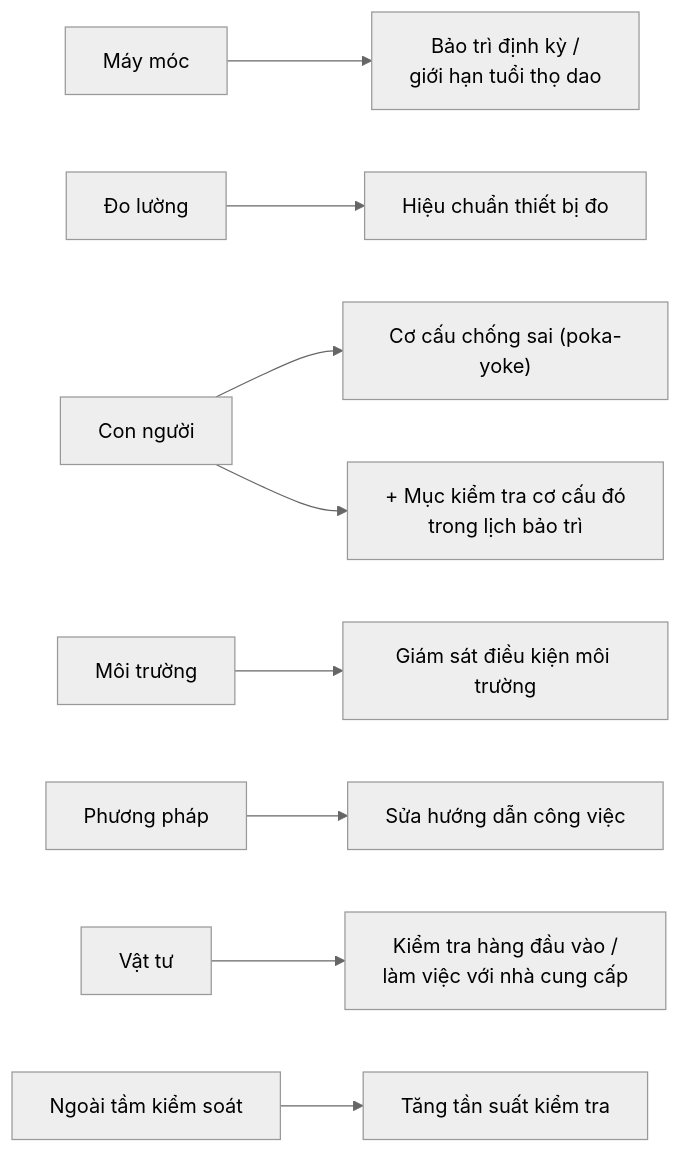
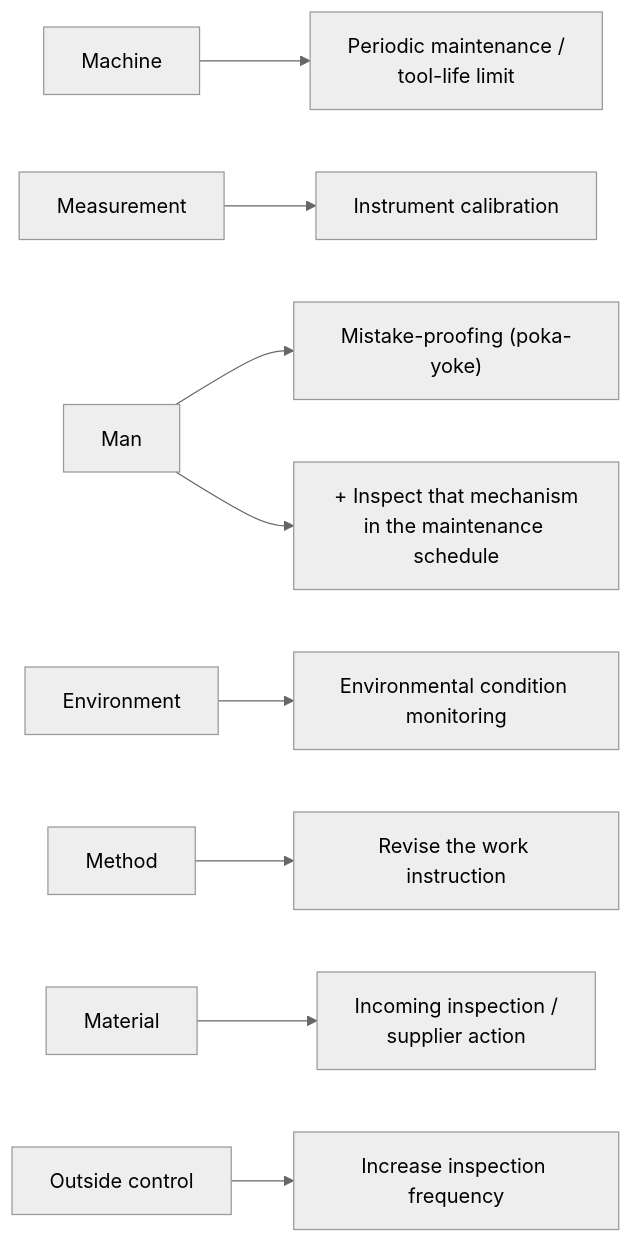
The fourth of 8 diagrams in presentation/maintenance-history-briefing.md (DungTruong1610/8D_problem_solving), drawn with Mermaid (neutral theme) before and after one commit. The commit also changed other lines of this file and 48 other files, not shown here.

````diff
--- a/presentation/maintenance-history-briefing.md
+++ b/presentation/maintenance-history-briefing.md
@@ -219,11 +218,11 @@
 ```mermaid
 flowchart LR
-    M[Máy móc] --> PM["Bảo trì định kỳ /<br/>giới hạn tuổi thọ dao"]
-    ME[Đo lường] --> CAL[Hiệu chuẩn thiết bị đo]
-    MAN[Con người] --> PY["Cơ cấu chống sai (poka-yoke)"]
-    MAN --> PYC["+ Mục kiểm tra cơ cấu đó<br/>trong lịch bảo trì"]
-    ENV[Môi trường] --> CM[Giám sát điều kiện môi trường]
-    MET[Phương pháp] --> WI[Sửa hướng dẫn công việc]
-    MAT[Vật tư] --> II["Kiểm tra hàng đầu vào /<br/>làm việc với nhà cung cấp"]
-    EXT[Ngoài tầm kiểm soát] --> IF[Tăng tần suất kiểm tra]
+    M[Machine] --> PM["Periodic maintenance /<br/>tool-life limit"]
+    ME[Measurement] --> CAL[Instrument calibration]
+    MAN[Man] --> PY["Mistake-proofing (poka-yoke)"]
+    MAN --> PYC["+ Inspect that mechanism<br/>in the maintenance schedule"]
+    ENV[Environment] --> CM[Environmental condition monitoring]
+    MET[Method] --> WI[Revise the work instruction]
+    MAT[Material] --> II["Incoming inspection /<br/>supplier action"]
+    EXT[Outside control] --> IF[Increase inspection frequency]
 ```
````
